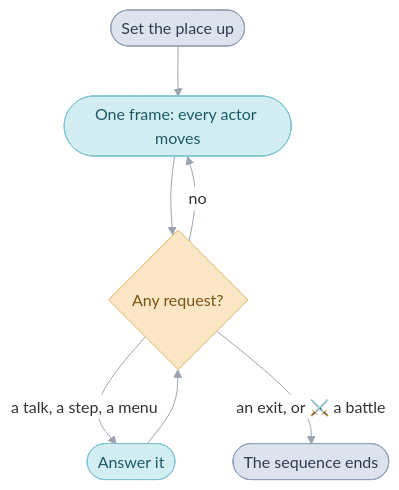
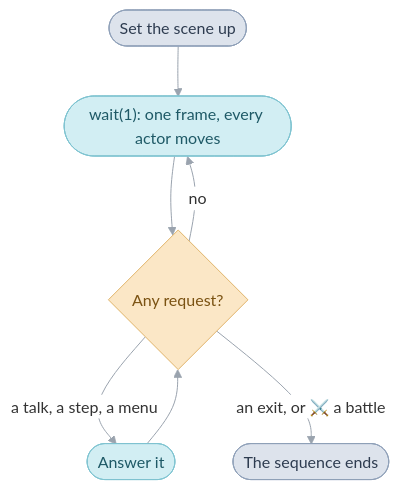
One commit to PascalPixel/alchemy changed the diagram in games/tbs/field.md. Above: the diagram before and after it, drawn with Mermaid. The commit also changed other lines of this file and 10 other files, not shown here.

````diff
--- a/games/tbs/field.md
+++ b/games/tbs/field.md
@@ -17,16 +17,16 @@
 ```mermaid
 %%{init: {"theme": "base", "themeVariables": {"lineColor": "#9AA3AE", "edgeLabelBackground": "#FFFFFF"}, "flowchart": {"curve": "basis", "padding": 12}}}%%
 flowchart TD
-  setup(["Set the place up"]) --> walk(["One frame: every actor moves"])
+  setup(["Set the scene up"]) --> walk(["wait(1): one frame, every actor moves"])
   walk --> requests{"Any request?"}
   requests -- "no" --> walk
   requests -- "a talk, a step, a menu" --> answer(["Answer it"])
   answer --> requests
   requests -- "an exit, or ⚔️ a battle" --> leave(["The sequence ends"])
   classDef mainRoutine fill:#DDE3EC,stroke:#8FA0B8,color:#2E3C50
   classDef sequence fill:#D2EEF3,stroke:#7FC3D0,color:#1E5966
   classDef request fill:#FBE7C6,stroke:#E0B46A,color:#7A5212
   class setup,leave mainRoutine
   class walk,answer sequence
   class requests request
 ```
````
